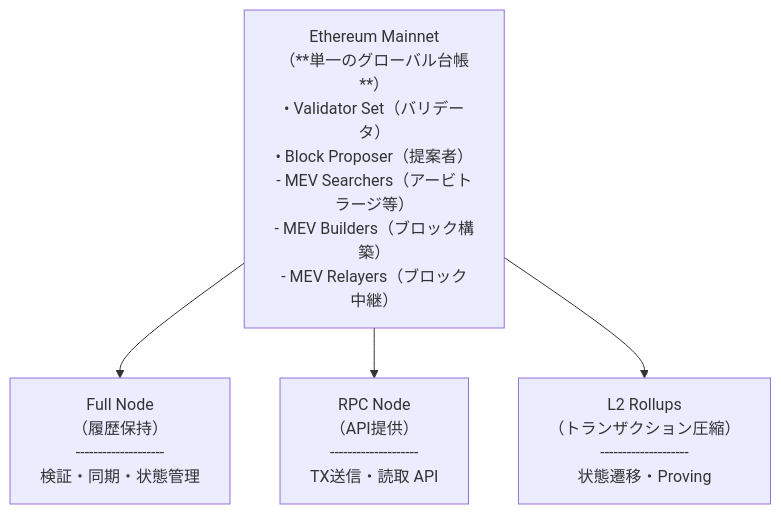
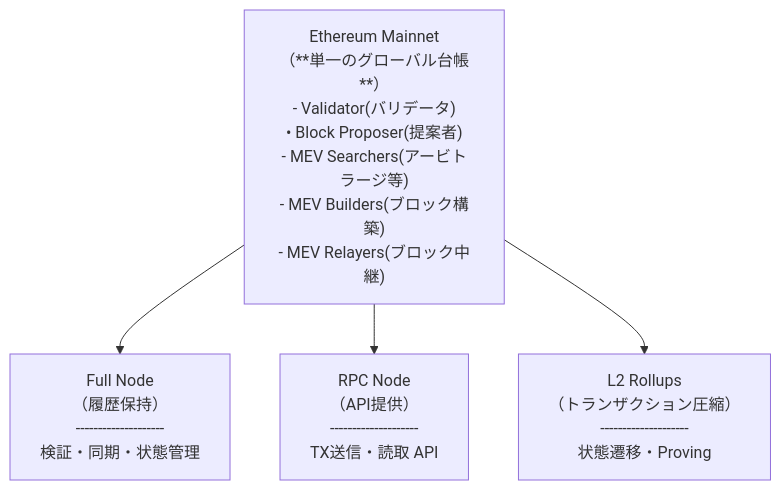
The second of 7 diagrams in articles/canton-intro.md (liray-unendlich/zenn-articles), drawn with Mermaid before and after one commit.

````diff
--- a/articles/canton-intro.md
+++ b/articles/canton-intro.md
@@ -204,8 +204,8 @@
 ```mermaid
 flowchart TD
-    EthMainnet["Ethereum Mainnet<br>（**単一のグローバル台帳**）<br>• Validator Set（バリデータ）<br>• Block Proposer（提案者）<br>- MEV Searchers（アービトラージ等）<br>- MEV Builders（ブロック構築）<br>- MEV Relayers（ブロック中継）"]
+    EthMainnet["Ethereum Mainnet<br>（**単一のグローバル台帳**）<br>- Validator(バリデータ)<br>• Block Proposer(提案者)<br>- MEV Searchers(アービトラージ等)<br>- MEV Builders(ブロック構築)<br>- MEV Relayers(ブロック中継)"]
 
     EthMainnet --> FullNode["Full Node<br>（履歴保持）<br>--------------------<br>検証・同期・状態管理"]
     EthMainnet --> RPCNode["RPC Node<br>（API提供）<br>--------------------<br>TX送信・読取 API"]
     EthMainnet --> L2Rollups["L2 Rollups<br>（トランザクション圧縮）<br>--------------------<br>状態遷移・Proving"]
 ```
````
